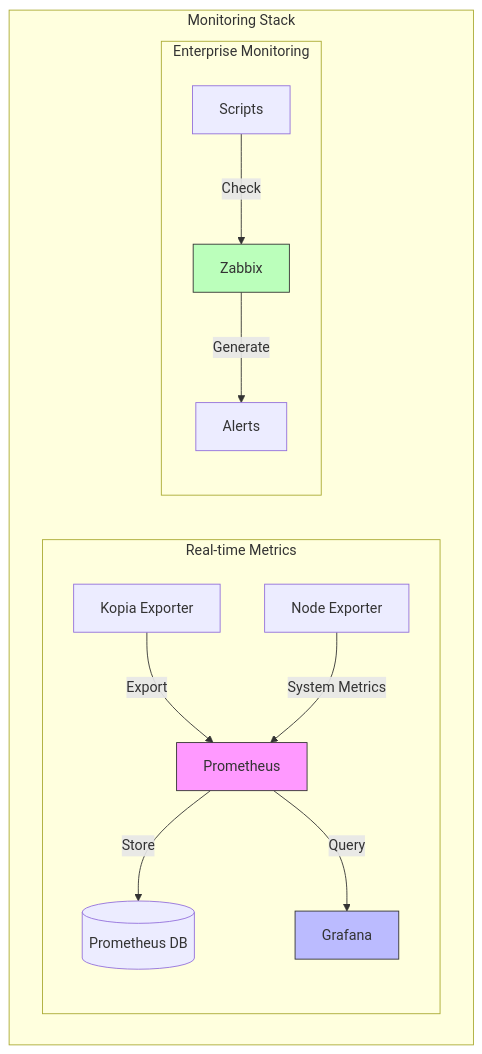
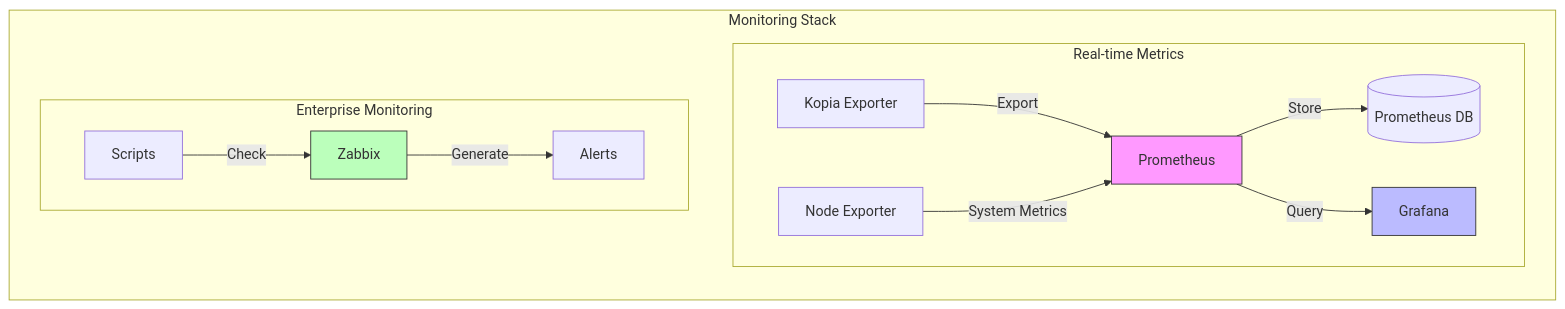
Before and after one commit to eblet/kopia-backup-run: the diagram in monitoring/README.md, drawn with Mermaid.

Commit message:
edit graph

````diff
--- a/monitoring/README.md
+++ b/monitoring/README.md
@@ -12,30 +12,22 @@
 ```mermaid
-graph TB
+graph LR
     subgraph "Monitoring Stack"
         subgraph "Real-time Metrics"
-            KE[Kopia Exporter]
-            NE[Node Exporter]
-            P[Prometheus]
-            PD[(Prometheus DB)]
-            G[Grafana]
+            direction LR
+            KE[Kopia Exporter] -->|Export| P[Prometheus]
+            NE[Node Exporter] -->|System Metrics| P
+            P -->|Store| PD[(Prometheus DB)]
+            P -->|Query| G[Grafana]
         end
 
         subgraph "Enterprise Monitoring"
-            Z[Zabbix]
-            ZA[Alerts]
-            ZS[Scripts]
+            direction LR
+            ZS[Scripts] -->|Check| Z[Zabbix]
+            Z -->|Generate| ZA[Alerts]
         end
     end
-
-    KE -->|Export| P
-    NE -->|System Metrics| P
-    P -->|Store| PD
-    P -->|Query| G
-    
-    ZS -->|Check| Z
-    Z -->|Generate| ZA
 
     style P fill:#f9f,stroke:#333
     style G fill:#bbf,stroke:#333    
     style Z fill:#bfb,stroke:#333
 ```
````
